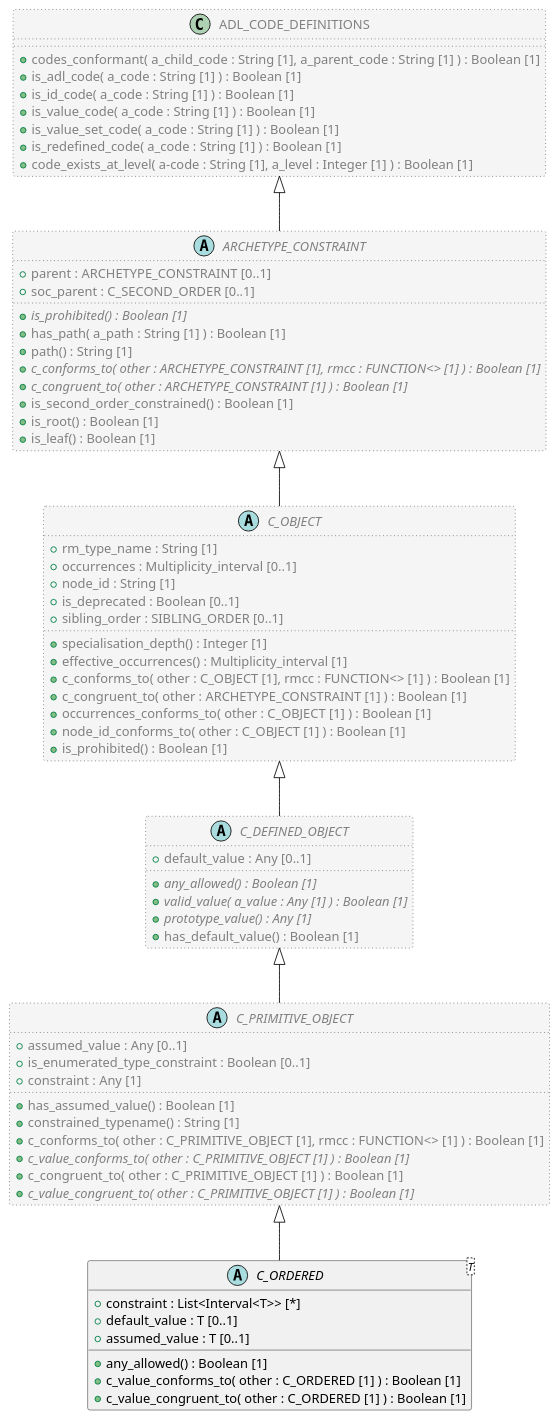
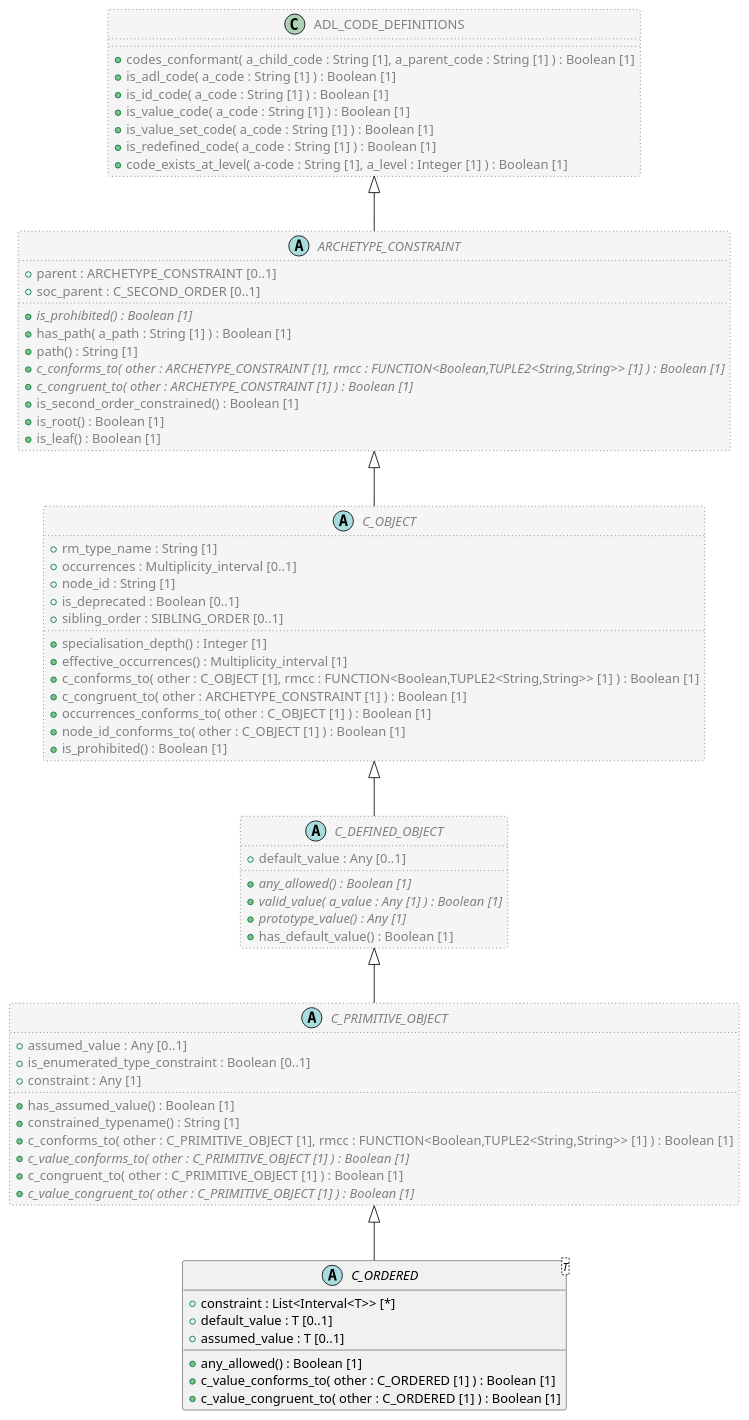
One commit to sebastian-iancu/code-generator changed the diagram in code/Adoc/openehr_am_2.3.0/plantUML/classes/aom2.c_ordered.adoc. Above: the diagram before and after it, drawn with PlantUML. The commit also changed 299 other files, not shown here.

```diff
--- a/code/Adoc/openehr_am_2.3.0/plantUML/classes/aom2.c_ordered.adoc
+++ b/code/Adoc/openehr_am_2.3.0/plantUML/classes/aom2.c_ordered.adoc
@@ -17,7 +17,7 @@
   + constraint : Any [1]
   + has_assumed_value() : Boolean [1]
   + constrained_typename() : String [1]
-  + c_conforms_to( other : C_PRIMITIVE_OBJECT [1], rmcc : FUNCTION<> [1] ) : Boolean [1]
+  + c_conforms_to( other : C_PRIMITIVE_OBJECT [1], rmcc : FUNCTION<Boolean,TUPLE2<String,String>> [1] ) : Boolean [1]
   + {abstract} c_value_conforms_to( other : C_PRIMITIVE_OBJECT [1] ) : Boolean [1]
   + c_congruent_to( other : C_PRIMITIVE_OBJECT [1] ) : Boolean [1]
   + {abstract} c_value_congruent_to( other : C_PRIMITIVE_OBJECT [1] ) : Boolean [1]
@@ -39,7 +39,7 @@
   + sibling_order : SIBLING_ORDER [0..1]
   + specialisation_depth() : Integer [1]
   + effective_occurrences() : Multiplicity_interval [1]
-  + c_conforms_to( other : C_OBJECT [1], rmcc : FUNCTION<> [1] ) : Boolean [1]
+  + c_conforms_to( other : C_OBJECT [1], rmcc : FUNCTION<Boolean,TUPLE2<String,String>> [1] ) : Boolean [1]
   + c_congruent_to( other : ARCHETYPE_CONSTRAINT [1] ) : Boolean [1]
   + occurrences_conforms_to( other : C_OBJECT [1] ) : Boolean [1]
   + node_id_conforms_to( other : C_OBJECT [1] ) : Boolean [1]
@@ -52,7 +52,7 @@
   + {abstract} is_prohibited() : Boolean [1]
   + has_path( a_path : String [1] ) : Boolean [1]
   + path() : String [1]
-  + {abstract} c_conforms_to( other : ARCHETYPE_CONSTRAINT [1], rmcc : FUNCTION<> [1] ) : Boolean [1]
+  + {abstract} c_conforms_to( other : ARCHETYPE_CONSTRAINT [1], rmcc : FUNCTION<Boolean,TUPLE2<String,String>> [1] ) : Boolean [1]
   + {abstract} c_congruent_to( other : ARCHETYPE_CONSTRAINT [1] ) : Boolean [1]
   + is_second_order_constrained() : Boolean [1]
   + is_root() : Boolean [1]
```
